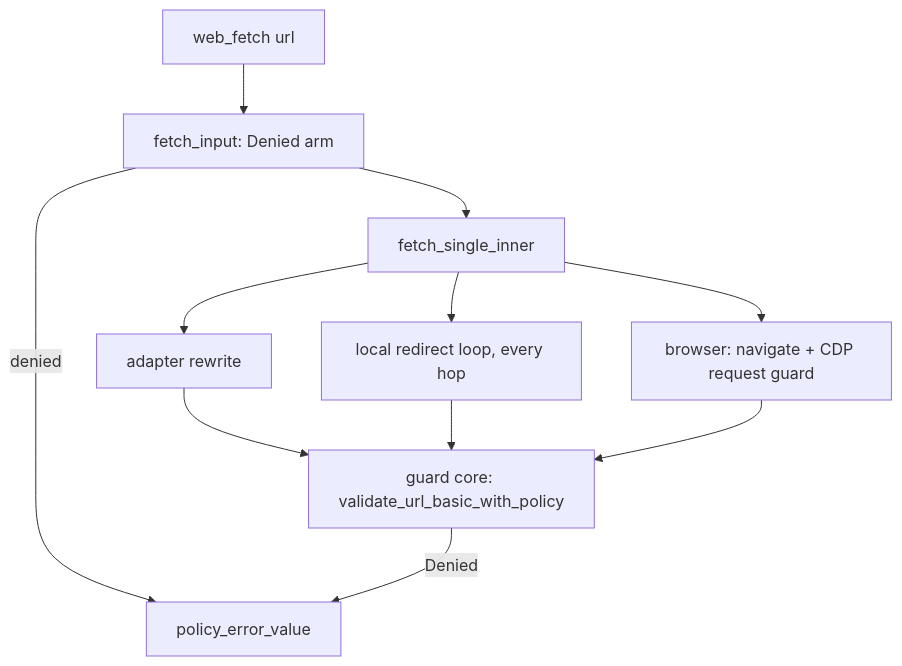
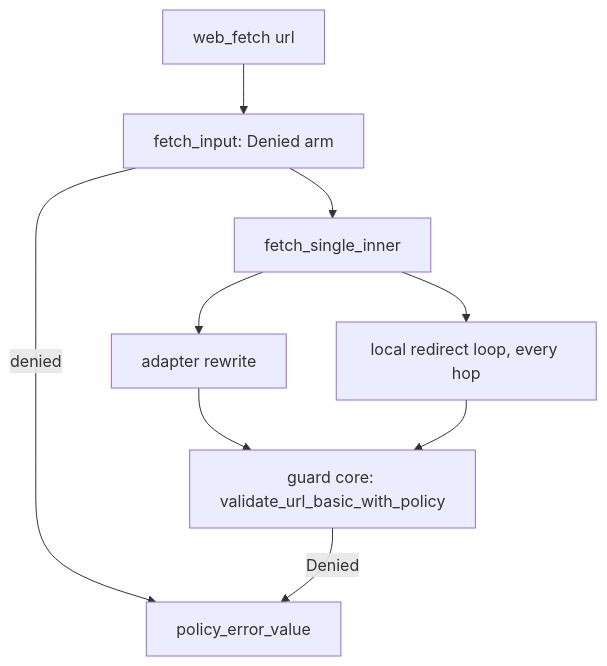
One commit to dondai44423/donsetch changed the first of 2 diagrams in docs/rules-architecture.md. Above: the diagram before and after it, drawn with Mermaid. The commit also changed other lines of this file and 26 other files, not shown here.

````diff
--- a/docs/rules-architecture.md
+++ b/docs/rules-architecture.md
@@ -57,13 +57,11 @@
 ```mermaid
 flowchart TD
     A["web_fetch url"] --> B["fetch_input: Denied arm"]
     B -->|denied| E["policy_error_value"]
     B --> I["fetch_single_inner"]
     I --> R["adapter rewrite"]
     I --> T1["local redirect loop, every hop"]
-    I --> T2["browser: navigate + CDP request guard"]
     R --> G["guard core: validate_url_basic_with_policy"]
     T1 --> G
-    T2 --> G
     G -->|Denied| E
 ```
````
